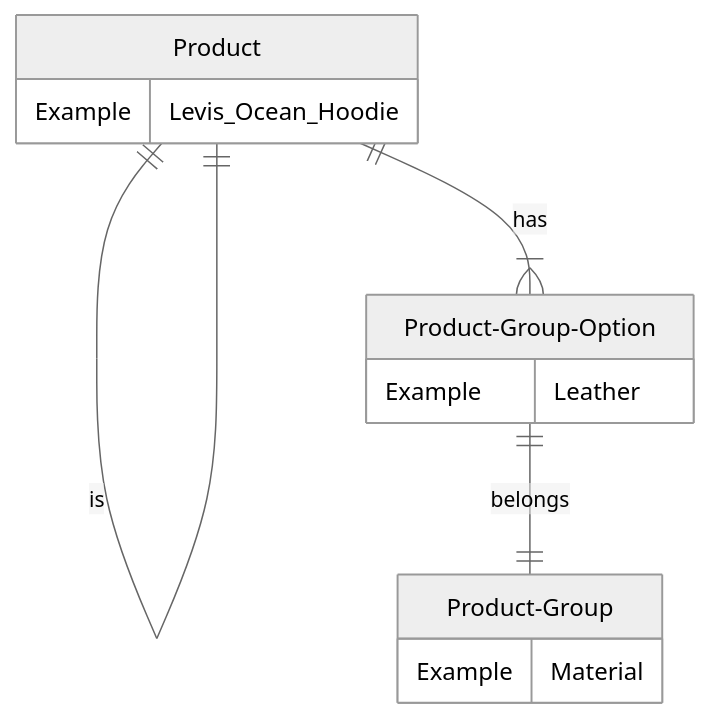
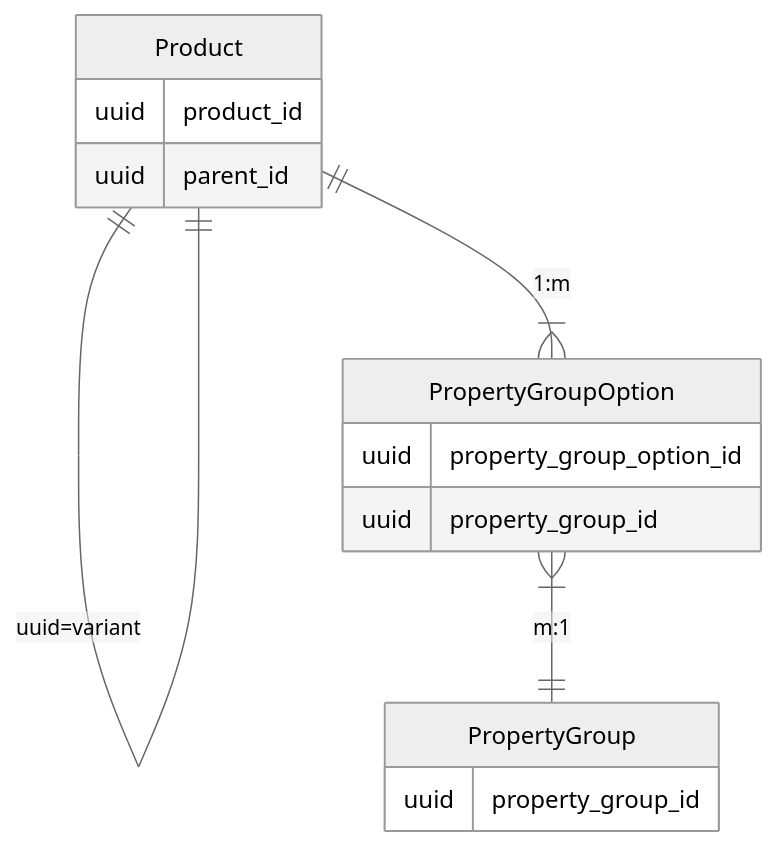
Before and after one commit to shopware/docs: the second of 2 diagrams in concepts/commerce/catalog/products.md, drawn with Mermaid (neutral theme). The commit also changed other lines of this file and 16 other files, not shown here.

Commit message:
Update diagrams and description

````diff
--- a/concepts/commerce/catalog/products.md
+++ b/concepts/commerce/catalog/products.md
@@ -54,15 +68,17 @@
 ```mermaid
 erDiagram
-    Product||--|| Product : is
+    Product||--|| Product : "uuid=variant"
     Product {
-        Example Levis_Ocean_Hoodie
+        uuid product_id
+        uuid parent_id
     }
-    Product ||--|{ Product-Group-Option : has
-    Product-Group-Option{
-        Example Leather
+    Product ||--|{ PropertyGroupOption : "1:m"
+    PropertyGroupOption{
+        uuid property_group_option_id
+        uuid property_group_id
     }
-    Product-Group-Option ||--|| Product-Group : belongs
-    Product-Group{
-        Example Material
+    PropertyGroupOption }|--|| PropertyGroup : "m:1"
+    PropertyGroup{
+        uuid property_group_id
     }
 ```
````
